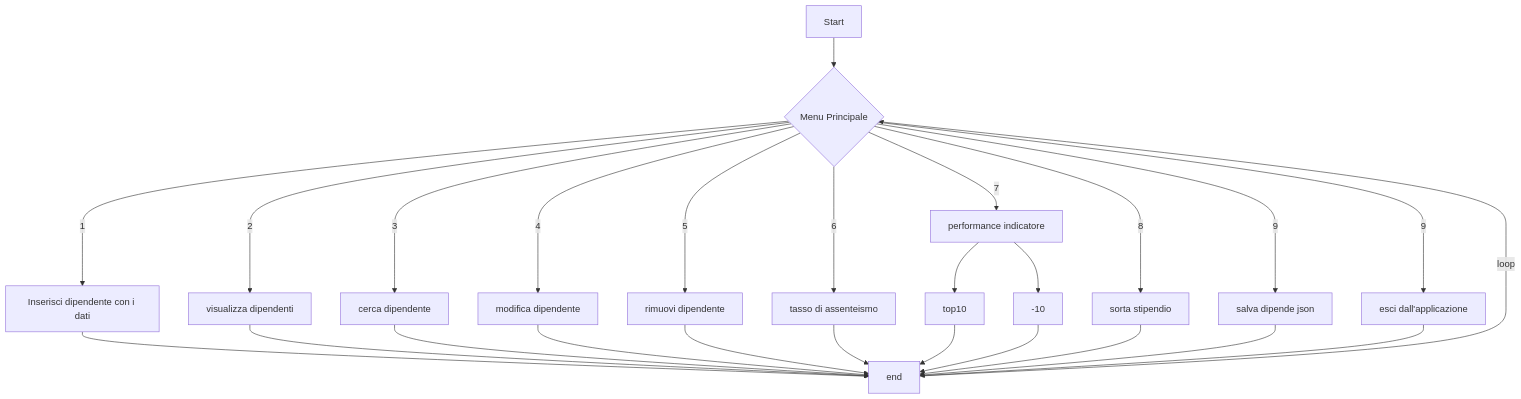
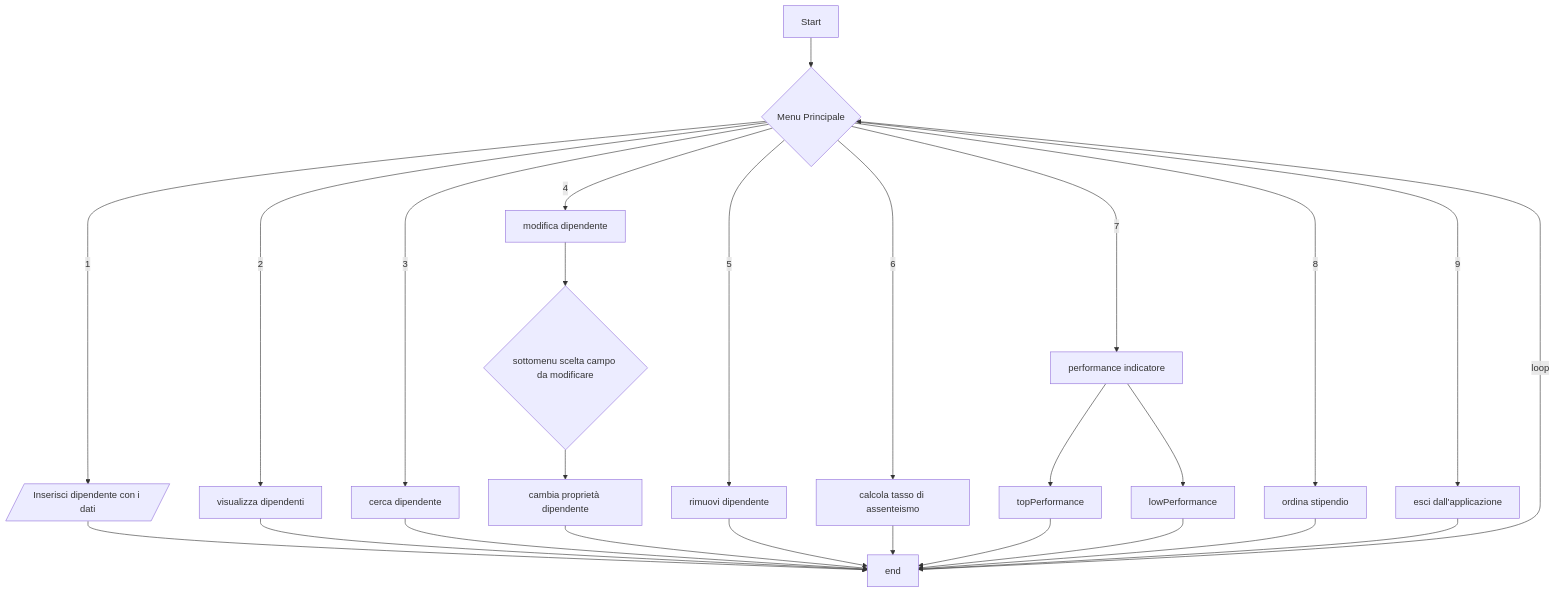
One commit to Neomatrix0/dev1_2024 changed the second of 2 diagrams in Esercitazioni/Assignment-Gestionale-Personale-Spectre/README.md. Above: the diagram before and after it, drawn with Mermaid. The commit also changed other lines of this file, not shown here.

Commit message:
aggiornato readme mermaid grafico

````diff
--- a/Esercitazioni/Assignment-Gestionale-Personale-Spectre/README.md
+++ b/Esercitazioni/Assignment-Gestionale-Personale-Spectre/README.md
@@ -134,23 +131,22 @@
 ```mermaid
 
 
 
    flowchart TD
     A[Start] --> B{Menu Principale}
-    B -- 1 --> C[Inserisci dipendente con i dati] --> Z
+    B -- 1 --> C[/Inserisci dipendente con i dati/] --> Z
     B -- 2 --> D[visualizza dipendenti] --> Z
     B -- 3 --> E[cerca dipendente] --> Z
-    B -- 4 --> F[modifica dipendente] --> Z
+    B -- 4 --> F[modifica dipendente] --> F1{sottomenu scelta campo da modificare} --> F2[cambia proprietà dipendente]--> Z
     B -- 5 --> G[rimuovi dipendente] --> Z
-    B -- 6 --> H[tasso di assenteismo ] --> Z
-    B -- 7 --> I[performance indicatore] --> O[top10] & O1[-10] --> Z
-    B -- 8 --> L[sorta stipendio] --> Z
-    B -- 9 --> M[salva dipende json] --> Z
+    B -- 6 --> H[calcola tasso di assenteismo ] --> Z
+    B -- 7 --> I[performance indicatore] --> O[topPerformance] & O1[lowPerformance] --> Z
+    B -- 8 --> L[ordina stipendio] --> Z
     B -- 9 --> N[esci dall'applicazione] --> Z
     Z[end] --loop --> B
 
     
    
 
    
 ```
````
